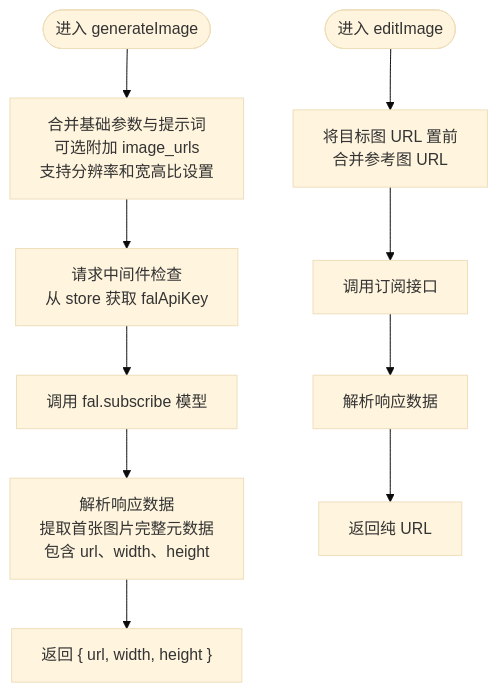
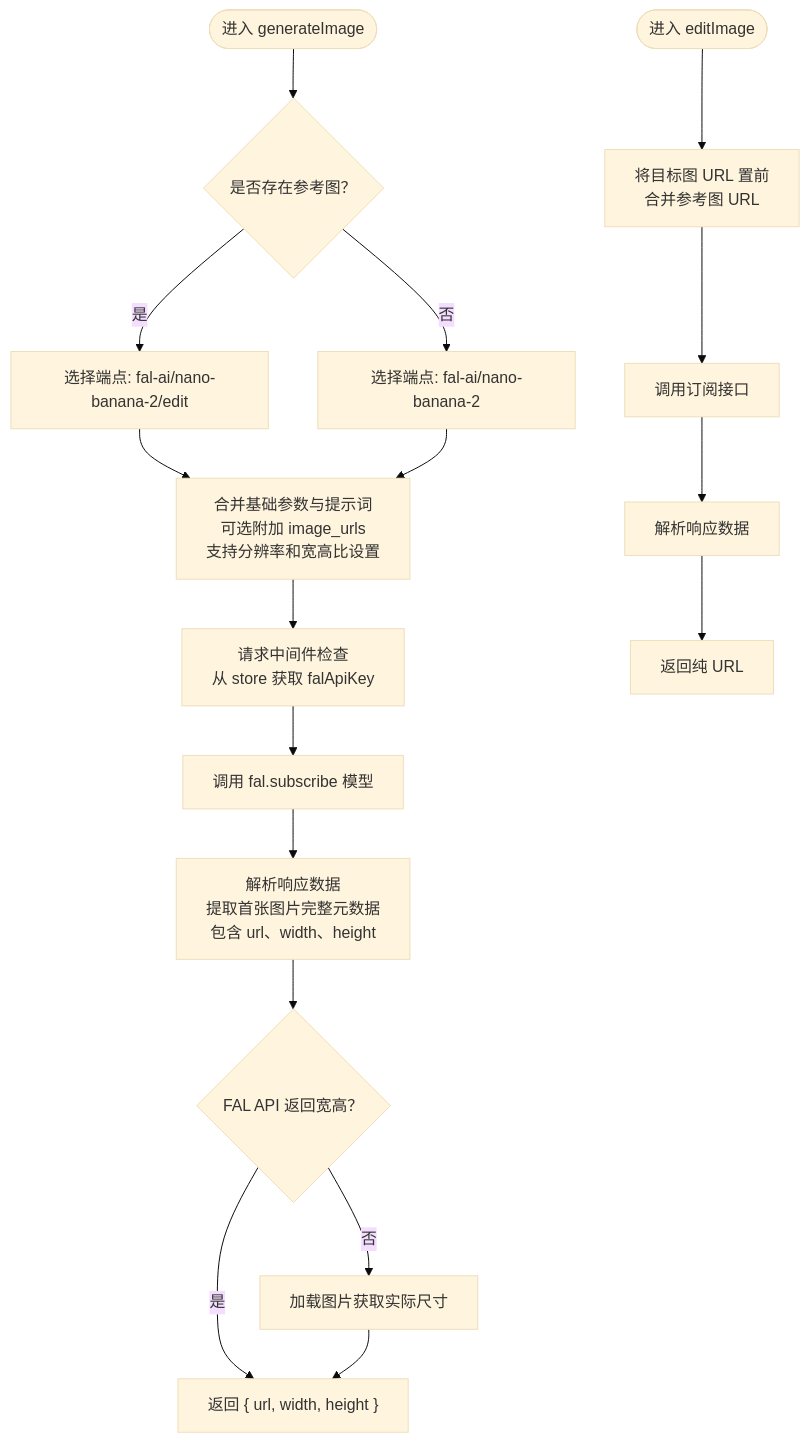
One commit to billye220670/BananaFlow2 changed the third of 11 diagrams in .qoder/repowiki/zh/content/核心功能模块/AI API 集成.md. Above: the diagram before and after it, drawn with Mermaid (base theme). The commit also changed other lines of this file and 22 other files, not shown here.

````diff
--- a/.qoder/repowiki/zh/content/核心功能模块/AI API 集成.md
+++ b/.qoder/repowiki/zh/content/核心功能模块/AI API 集成.md
@@ -162,12 +155,19 @@
 ```mermaid
 flowchart TD
-Start(["进入 generateImage"]) --> Merge["合并基础参数与提示词<br/>可选附加 image_urls<br/>支持分辨率和宽高比设置"]
+Start(["进入 generateImage"]) --> CheckRefs{"是否存在参考图？"}
+CheckRefs --> |是| EditEndpoint["选择端点: fal-ai/nano-banana-2/edit"]
+CheckRefs --> |否| TextEndpoint["选择端点: fal-ai/nano-banana-2"]
+EditEndpoint --> Merge["合并基础参数与提示词<br/>可选附加 image_urls<br/>支持分辨率和宽高比设置"]
+TextEndpoint --> Merge
 Merge --> Middleware["请求中间件检查<br/>从 store 获取 falApiKey"]
 Middleware --> Call["调用 fal.subscribe 模型"]
 Call --> Parse["解析响应数据<br/>提取首张图片完整元数据<br/>包含 url、width、height"]
-Parse --> Return["返回 { url, width, height }"]
+Parse --> Fallback{"FAL API 返回宽高？"}
+Fallback --> |是| Return["返回 { url, width, height }"]
+Fallback --> |否| LoadImg["加载图片获取实际尺寸"]
+LoadImg --> Return
 Start2(["进入 editImage"]) --> Prepend["将目标图 URL 置前<br/>合并参考图 URL"]
 Prepend --> Call2["调用订阅接口"]
 Call2 --> Parse2["解析响应数据"]
 Parse2 --> Return2["返回纯 URL"]
 ```
````
